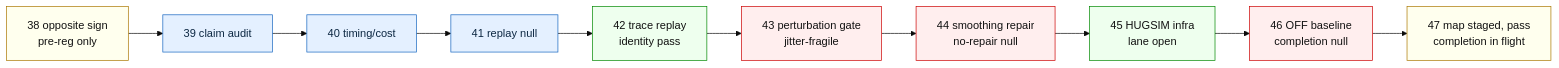
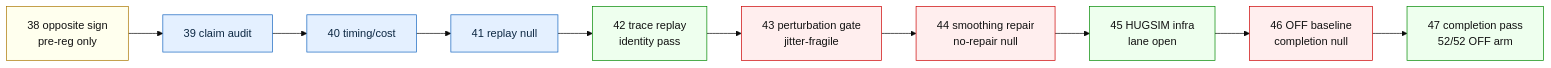
Before and after one commit to manfromnowhere143/sentinel: the fourth of 6 diagrams in README.md, drawn with Mermaid (base theme). The commit also changed other lines of this file and 7 other files, not shown here.

Commit message:
iter47: completion pass published, full 52-episode OFF arm stands

````diff
--- a/README.md
+++ b/README.md
@@ -176,20 +178,20 @@
 ```mermaid
 flowchart LR
   O38["38 opposite sign<br/>pre-reg only"] --> A39["39 claim audit"]
   A39 --> A40["40 timing/cost"]
   A40 --> A41["41 replay null"]
   A41 --> A42["42 trace replay<br/>identity pass"]
   A42 --> A43["43 perturbation gate<br/>jitter-fragile"]
   A43 --> A44["44 smoothing repair<br/>no-repair null"]
   A44 --> A45["45 HUGSIM infra<br/>lane open"]
   A45 --> A46["46 OFF baseline<br/>completion null"]
-  A46 --> A47["47 map staged, pass<br/>completion in flight"]
+  A46 --> A47["47 completion pass<br/>52/52 OFF arm"]
   classDef ask fill:#ffe,stroke:#a70,color:#111;
   classDef audit fill:#e4f0ff,stroke:#1565c0,color:#0c2742;
   classDef win fill:#efe,stroke:#080,color:#111;
   classDef bad fill:#fee,stroke:#c00,color:#111;
-  class O38,A47 ask;
+  class O38 ask;
   class A39,A40,A41 audit;
-  class A42,A45 win;
+  class A42,A45,A47 win;
   class A43,A44,A46 bad;
 ```
````
